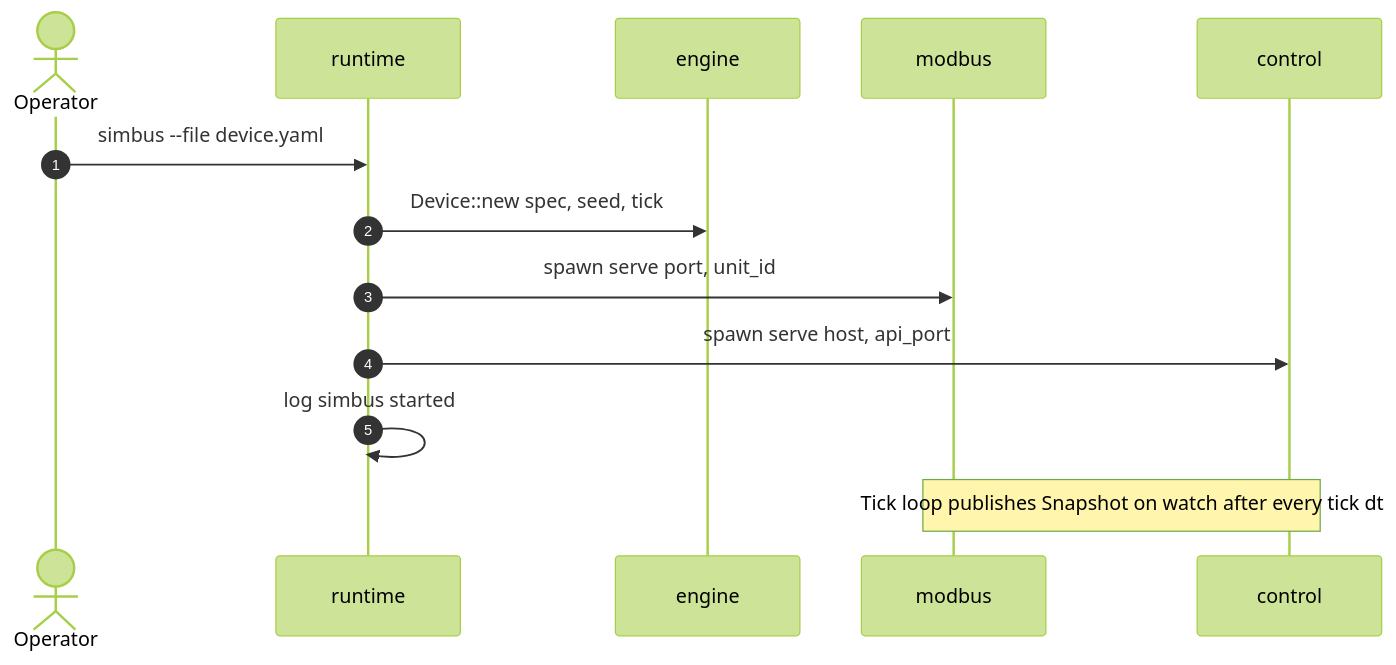
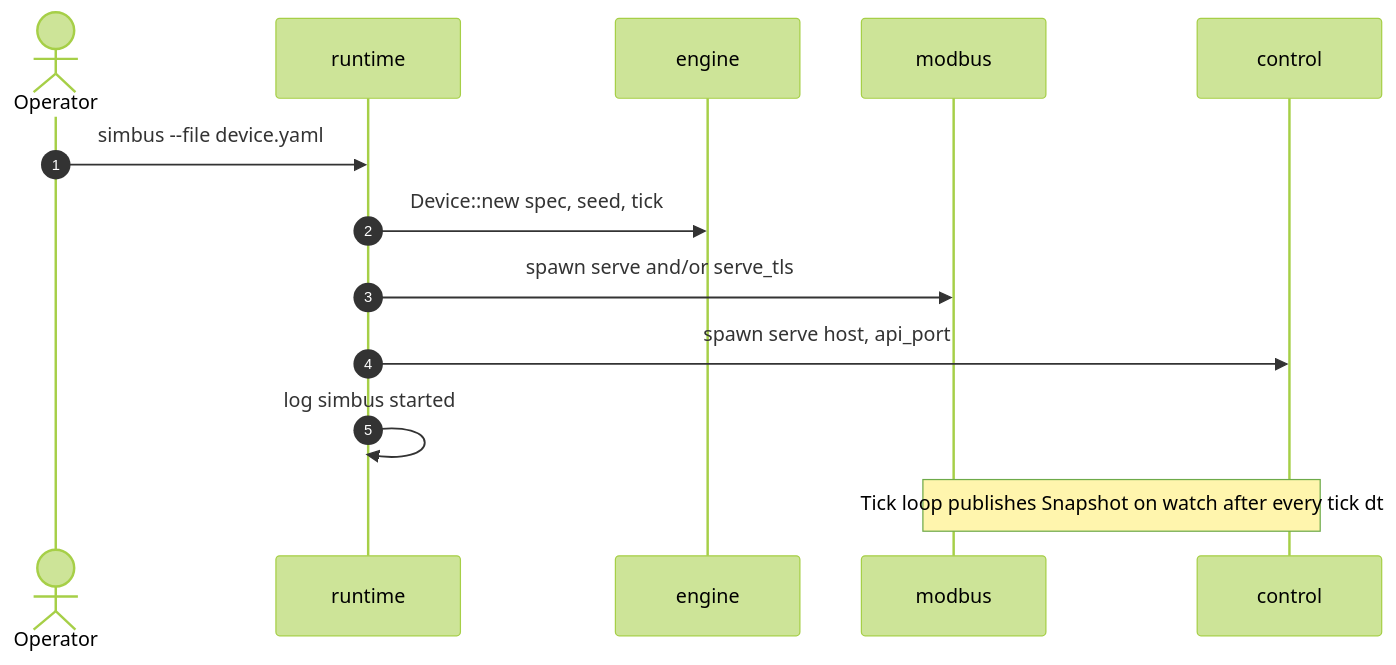
The fourth of 7 diagrams in docs/architecture.md (obsidia-systems/simbus), drawn with Mermaid (forest theme) before and after one commit. The commit also changed other lines of this file and 22 other files, not shown here.

````diff
--- a/docs/architecture.md
+++ b/docs/architecture.md
@@ -130,15 +131,15 @@
 ```mermaid
 sequenceDiagram
     autonumber
     actor Op as Operator
     participant RT as runtime
     participant Eng as engine
     participant MB as modbus
     participant CTL as control
     Op->>RT: simbus --file device.yaml
     RT->>Eng: Device::new spec, seed, tick
-    RT->>MB: spawn serve port, unit_id
+    RT->>MB: spawn serve and/or serve_tls
     RT->>CTL: spawn serve host, api_port
     RT->>RT: log simbus started
     Note over MB,CTL: Tick loop publishes Snapshot on watch after every tick dt
 ```
````
